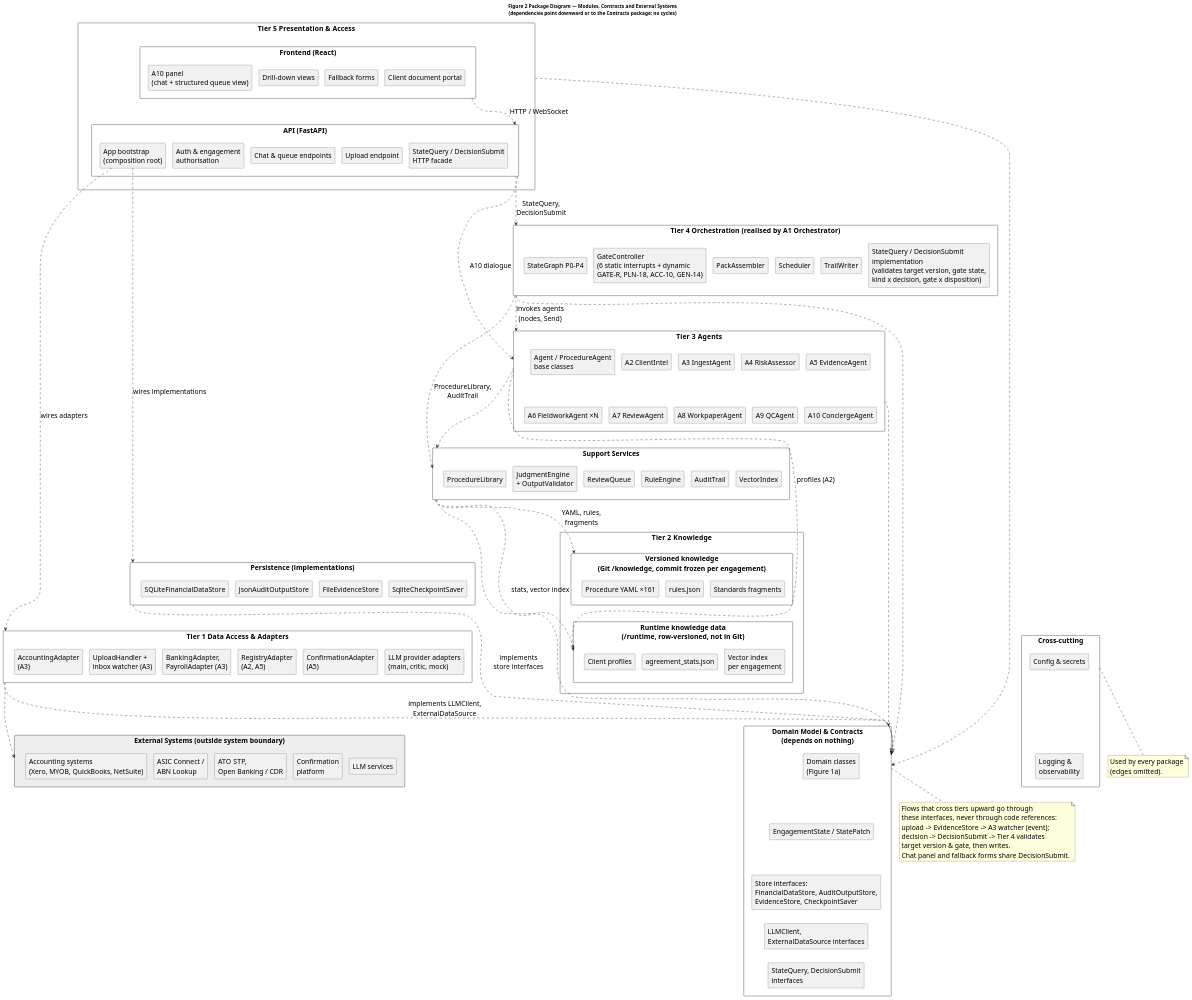
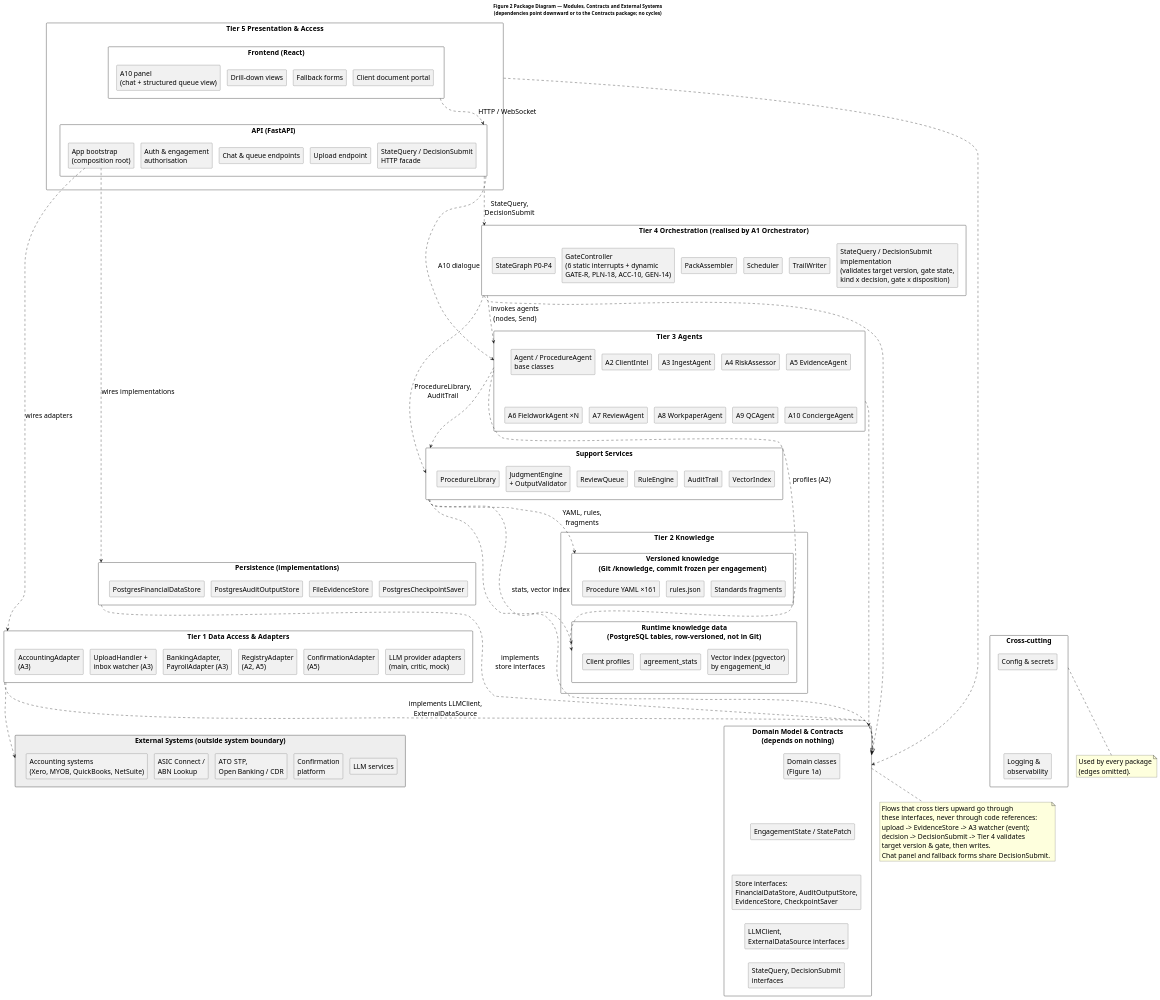
The diagram in diagrams/package.puml (SilverHim/audit-agent), drawn with PlantUML before and after one commit. The commit also changed 203 other files, not shown here.

```diff
--- a/diagrams/package.puml
+++ b/diagrams/package.puml
@@ -75,19 +75,19 @@
     [rules.json] as Rules
     [Standards fragments] as Std
   }
-  package "Runtime knowledge data\n(/runtime, row-versioned, not in Git)" as T2R {
+  package "Runtime knowledge data\n(PostgreSQL tables, row-versioned, not in Git)" as T2R {
     [Client profiles] as Prof
-    [agreement_stats.json] as Stats
-    [Vector index\nper engagement] as VIdx
+    [agreement_stats] as Stats
+    [Vector index (pgvector)\nby engagement_id] as VIdx
   }
 }
 
 ' ================= Persistence =================
 package "Persistence (implementations)" as PS {
-  [SQLiteFinancialDataStore] as FDS
-  [JsonAuditOutputStore] as AOS
+  [PostgresFinancialDataStore] as FDS
+  [PostgresAuditOutputStore] as AOS
   [FileEvidenceStore] as ES
-  [SqliteCheckpointSaver] as CK
+  [PostgresCheckpointSaver] as CK
 }
 
 ' ================= Tier 1 =================
```
